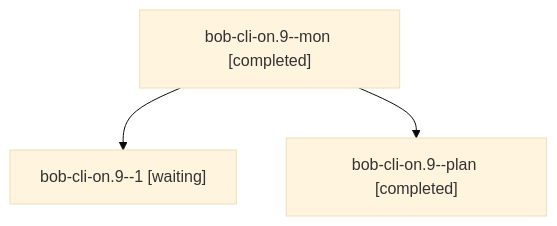
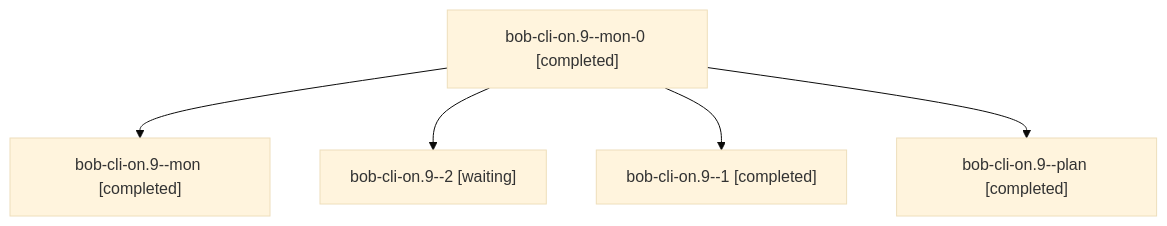
One commit to bobs-org/bob-cli--agents changed the diagram in sessions/bbugyi200.athena.bob-cli-on.9.md. Above: the diagram before and after it, drawn with Mermaid (base theme). The commit also changed other lines of this file and 156 other files, not shown here.

````diff
--- a/sessions/bbugyi200.athena.bob-cli-on.9.md
+++ b/sessions/bbugyi200.athena.bob-cli-on.9.md
@@ -9,8 +9,12 @@
 ```mermaid
 flowchart TD
-  n0["bob-cli-on.9--mon [completed]"]
-  n1["bob-cli-on.9--1 [waiting]"]
+  n0["bob-cli-on.9--mon-0 [completed]"]
+  n1["bob-cli-on.9--mon [completed]"]
   n0 --> n1
-  n2["bob-cli-on.9--plan [completed]"]
+  n2["bob-cli-on.9--2 [waiting]"]
   n0 --> n2
+  n3["bob-cli-on.9--1 [completed]"]
+  n0 --> n3
+  n4["bob-cli-on.9--plan [completed]"]
+  n0 --> n4
 ```
````
